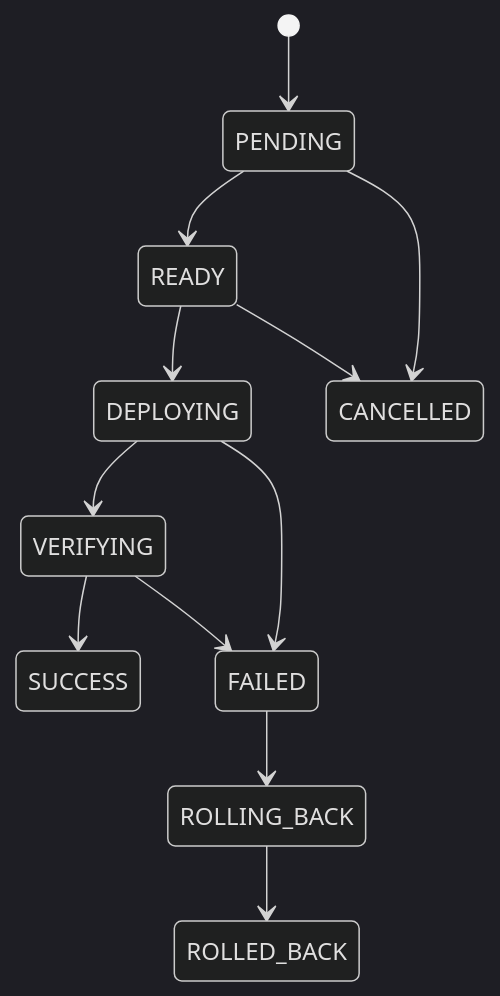
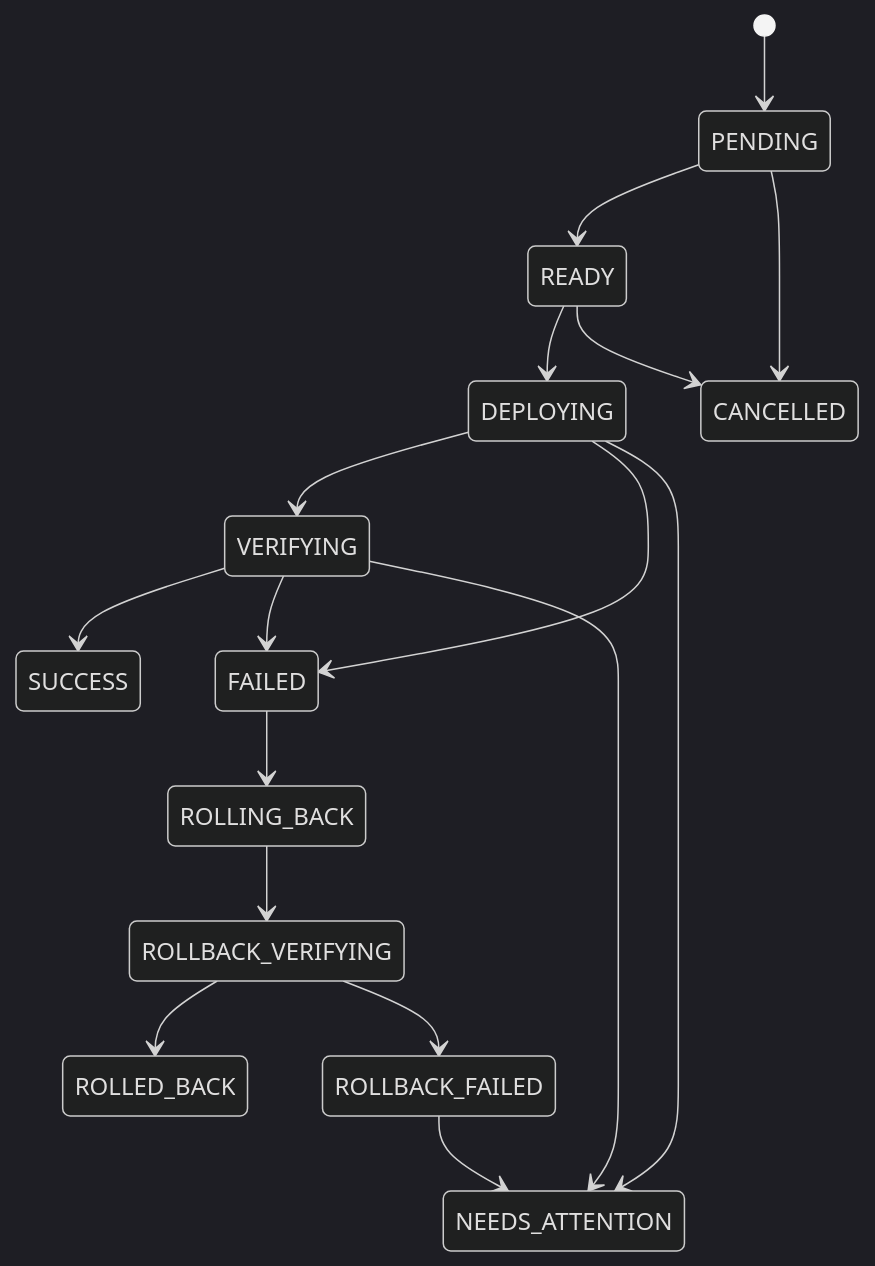
The fourth of 4 diagrams in docs/ARCHITECTURE.md (KimHG1995/Docklane), drawn with Mermaid (dark theme) before and after one commit. The commit also changed other lines of this file and 4 other files, not shown here.

````diff
--- a/docs/ARCHITECTURE.md
+++ b/docs/ARCHITECTURE.md
@@ -175,14 +167,23 @@
 ```mermaid
 stateDiagram-v2
     [*] --> PENDING
     PENDING --> READY
     READY --> DEPLOYING
     DEPLOYING --> VERIFYING
     VERIFYING --> SUCCESS
+
     DEPLOYING --> FAILED
     VERIFYING --> FAILED
+
     FAILED --> ROLLING_BACK
-    ROLLING_BACK --> ROLLED_BACK
+    ROLLING_BACK --> ROLLBACK_VERIFYING
+    ROLLBACK_VERIFYING --> ROLLED_BACK
+    ROLLBACK_VERIFYING --> ROLLBACK_FAILED
+    ROLLBACK_FAILED --> NEEDS_ATTENTION
+
+    DEPLOYING --> NEEDS_ATTENTION
+    VERIFYING --> NEEDS_ATTENTION
+
     PENDING --> CANCELLED
     READY --> CANCELLED
 ```
````
